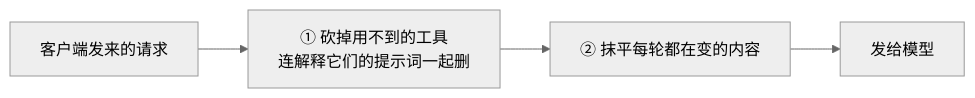
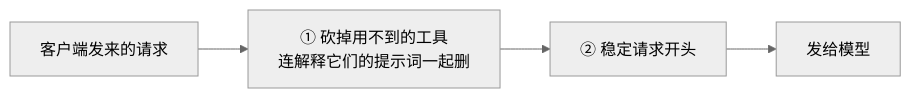
One commit to ls-open/claude-tuner changed the second of 2 diagrams in README.md. Above: the diagram before and after it, drawn with Mermaid (neutral theme). The commit also changed other lines of this file, not shown here.

````diff
--- a/README.md
+++ b/README.md
@@ -49,6 +49,6 @@
 ```mermaid
 flowchart LR
     A["客户端发来的请求"] --> B["① 砍掉用不到的工具<br/>连解释它们的提示词一起删"]
-    B --> C["② 抹平每轮都在变的内容"]
+    B --> C["② 稳定请求开头"]
     C --> D["发给模型"]
 ```
````
